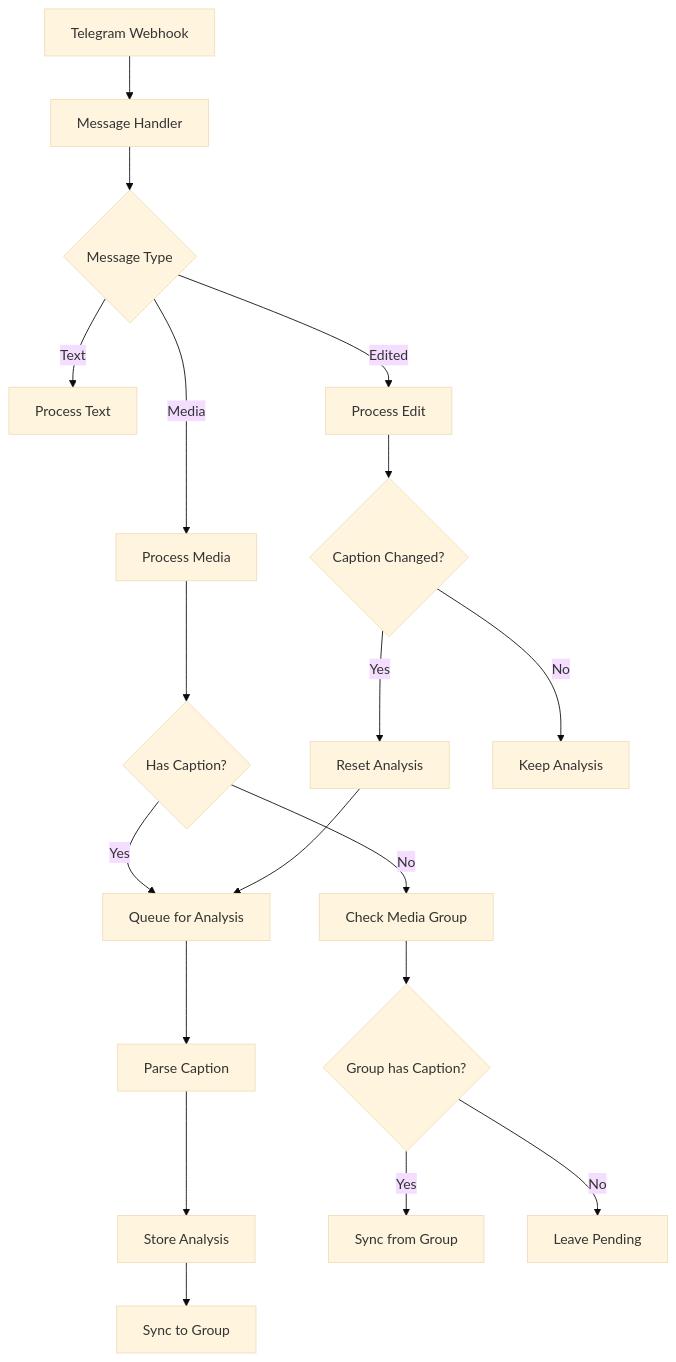
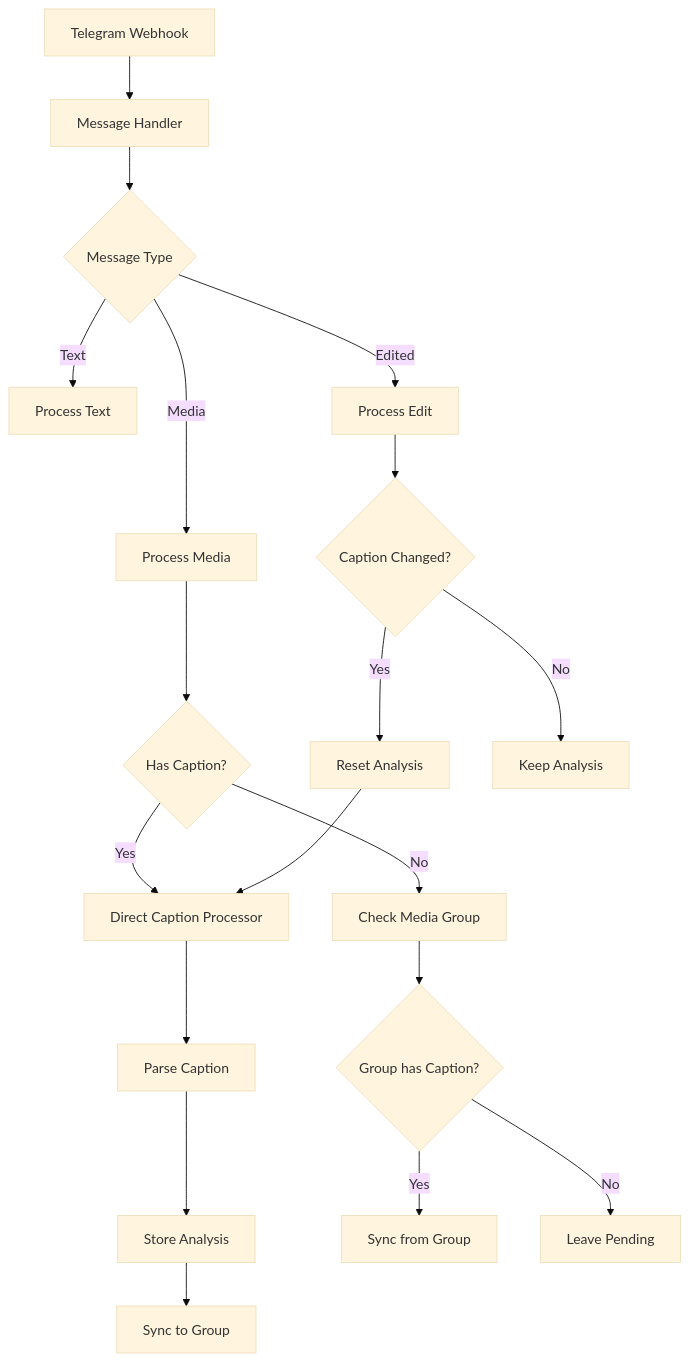
Before and after one commit to cmtkdot/xdelo-app: the diagram in README.md, drawn with Mermaid (base theme). The commit also changed other lines of this file and 2 other files, not shown here.

````diff
--- a/README.md
+++ b/README.md
@@ -7,26 +8,26 @@
 ```mermaid
 flowchart TD
     A[Telegram Webhook] --> B[Message Handler]
     B --> C{Message Type}
     
     C -->|Media| D[Process Media]
     C -->|Text| E[Process Text]
     C -->|Edited| F[Process Edit]
     
     D --> G{Has Caption?}
-    G -->|Yes| H[Queue for Analysis]
+    G -->|Yes| H[Direct Caption Processor]
     G -->|No| I[Check Media Group]
     
     H --> J[Parse Caption]
     J --> K[Store Analysis]
     K --> L[Sync to Group]
     
     I --> M{Group has Caption?}
     M -->|Yes| N[Sync from Group]
     M -->|No| O[Leave Pending]
     
     F --> P{Caption Changed?}
     P -->|Yes| Q[Reset Analysis]
     P -->|No| R[Keep Analysis]
     Q --> H
 ```
````
